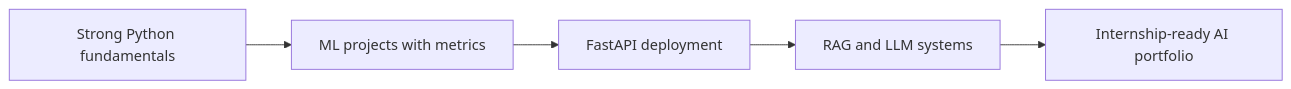
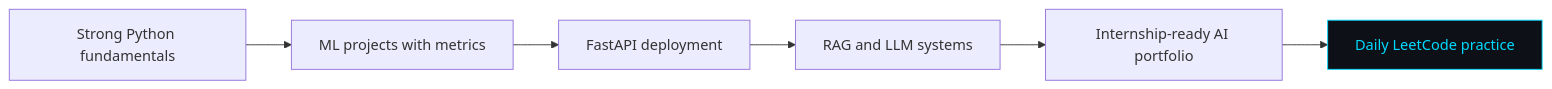
The diagram in readme.md (anshxgaur/anshxgaur), drawn with Mermaid before and after one commit. The commit also changed other lines of this file, not shown here.

````diff
--- a/readme.md
+++ b/readme.md
@@ -138,7 +324,9 @@
 ```mermaid
 flowchart LR
     A[Strong Python fundamentals] --> B[ML projects with metrics]
     B --> C[FastAPI deployment]
     C --> D[RAG and LLM systems]
     D --> E[Internship-ready AI portfolio]
+    E --> F[Daily LeetCode practice]
+    style F fill:#0D1117,stroke:#00D9FF,color:#00D9FF
 ```
````
